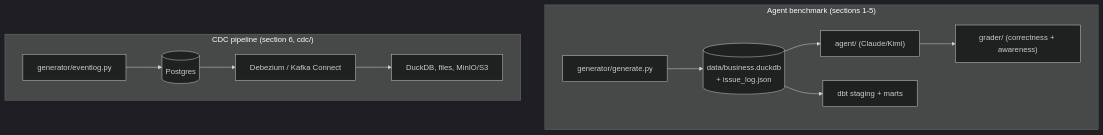
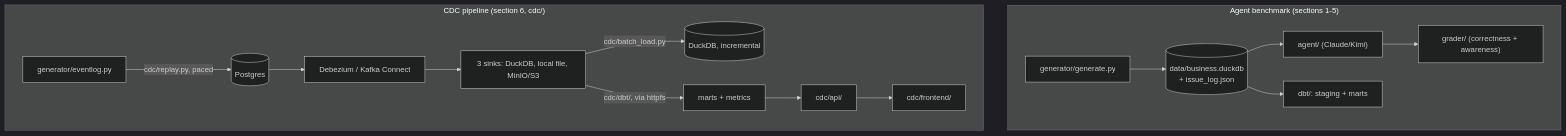
One commit to yuyangtj/analytics-agent-playground changed the diagram in README.md. Above: the diagram before and after it, drawn with Mermaid (dark theme). The commit also changed other lines of this file, not shown here.

````diff
--- a/README.md
+++ b/README.md
@@ -8,14 +18,18 @@
 ```mermaid
 flowchart TB
     subgraph benchmark["Agent benchmark (sections 1-5)"]
         GEN["generator/generate.py"] --> DUCK[("data/business.duckdb<br/>+ issue_log.json")]
         DUCK --> AGENT["agent/ (Claude/Kimi)"]
-        DUCK --> DBT["dbt staging + marts"]
+        DUCK --> DBT["dbt/: staging + marts"]
         AGENT --> GRADER["grader/ (correctness + awareness)"]
     end
 
     subgraph cdc["CDC pipeline (section 6, cdc/)"]
-        EL["generator/eventlog.py"] --> PG[("Postgres")]
-        PG --> DBZ["Debezium / Kafka Connect"] --> SINKS["DuckDB, files, MinIO/S3"]
+        EL["generator/eventlog.py"] -->|"cdc/replay.py, paced"| PG[("Postgres")]
+        PG --> DBZ["Debezium / Kafka Connect"]
+        DBZ --> SINKS["3 sinks: DuckDB, local file, MinIO/S3"]
+        SINKS -->|"cdc/batch_load.py"| BATCH[("DuckDB, incremental")]
+        SINKS -->|"cdc/dbt/, via httpfs"| CDCDBT["marts + metrics"]
+        CDCDBT --> API["cdc/api/"] --> UI["cdc/frontend/"]
     end
 ```
````
